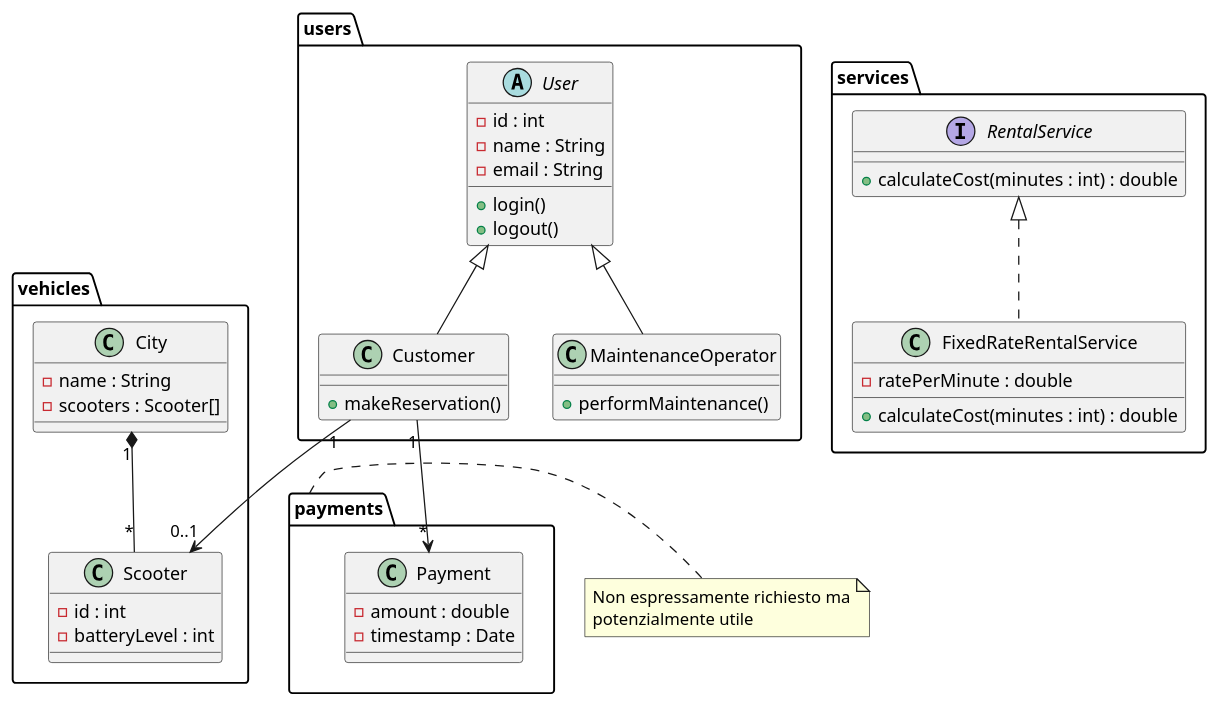
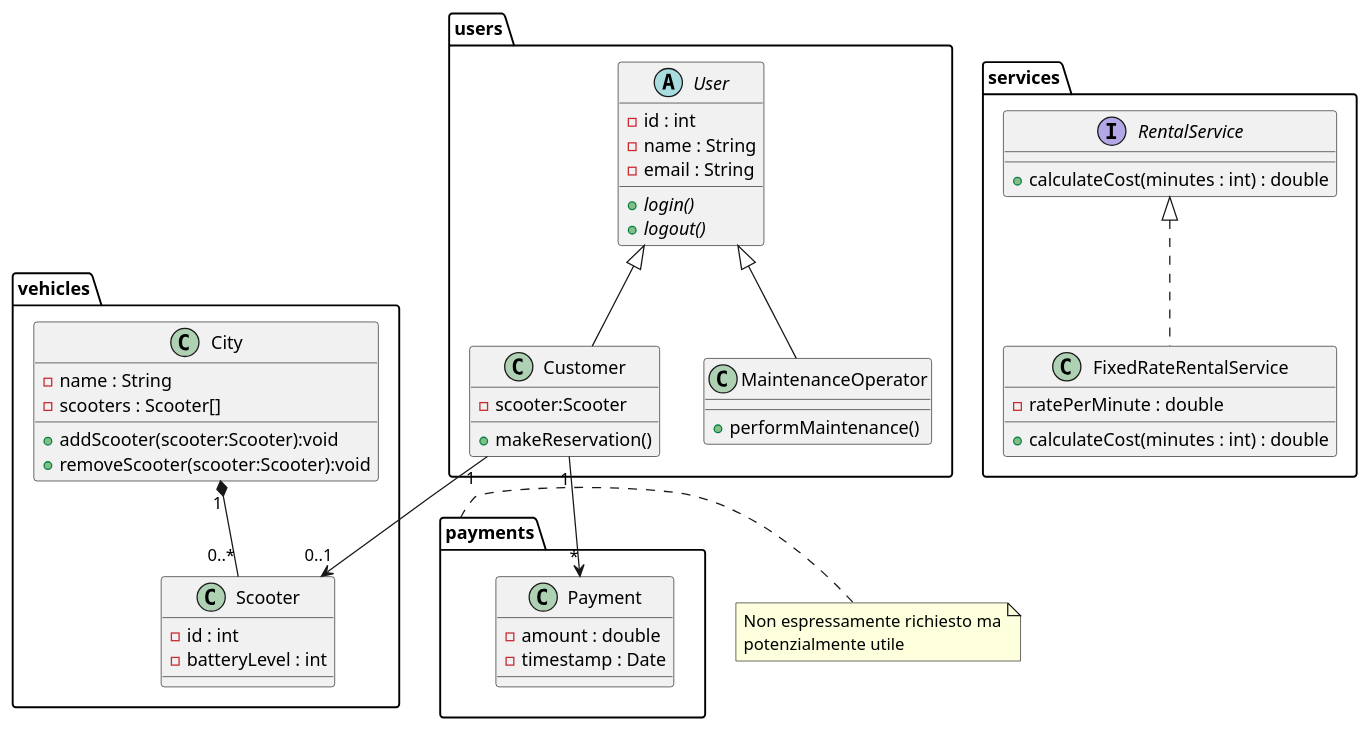
The diagram in src/src/UMLExercises/CDs/ScooterRentalSystem.puml (itsNikk/2526-4AI), drawn with PlantUML before and after one commit. The commit also changed 8 other files, not shown here.

```diff
--- a/src/src/UMLExercises/CDs/ScooterRentalSystem.puml
+++ b/src/src/UMLExercises/CDs/ScooterRentalSystem.puml
@@ -1,67 +1,71 @@
 @startuml
 ' Packages
 package users {
   abstract class User {
     - id : int
     - name : String
     - email : String
-    + login()
-    + logout()
+    + {abstract} login()
+    + {abstract} logout()
   }
 
   class Customer {
+    -scooter:Scooter
     + makeReservation()
   }
 
   class MaintenanceOperator {
     + performMaintenance()
   }
 
   User <|-- Customer
   User <|-- MaintenanceOperator
 }
 
 package vehicles {
   class City {
     - name : String
     - scooters : Scooter[]
+
+    +addScooter(scooter:Scooter):void
+    +removeScooter(scooter:Scooter):void
   }
 
   class Scooter {
     - id : int
     - batteryLevel : int
   }
 
-  City "1" *-- "*" Scooter
+  City "1" *-- "0..*" Scooter
   Customer "1" --> "0..1" Scooter
 }
 
 package payments {
   class Payment {
     - amount : double
     - timestamp : Date
   }
 
   Customer "1" --> "*" Payment
 }
 
 package services {
   interface RentalService {
     + calculateCost(minutes : int) : double
   }
 
   class FixedRateRentalService {
     - ratePerMinute : double
     + calculateCost(minutes : int) : double
   }
 
   RentalService <|.. FixedRateRentalService
 }
 
 
 note right of payments
     Non espressamente richiesto ma
     potenzialmente utile
 end note
 
 @enduml
```
